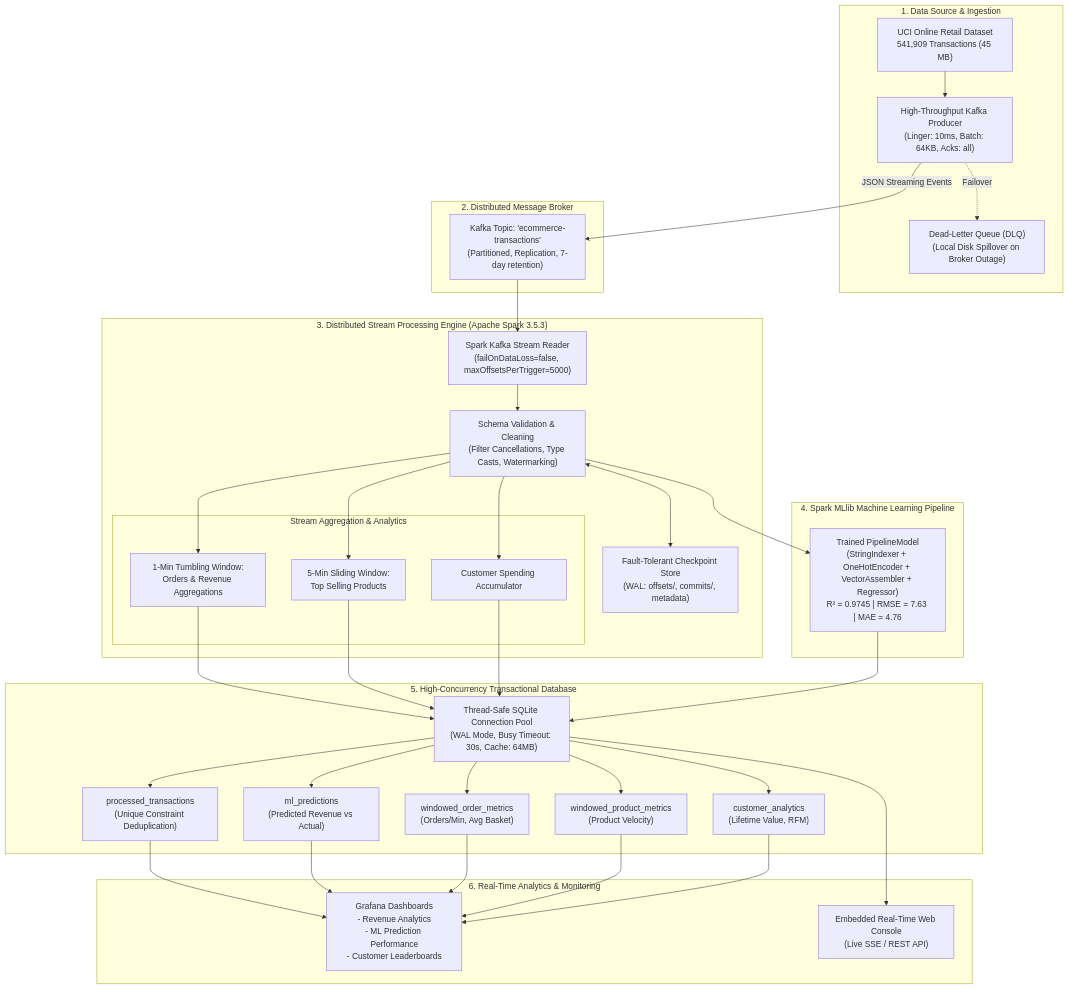
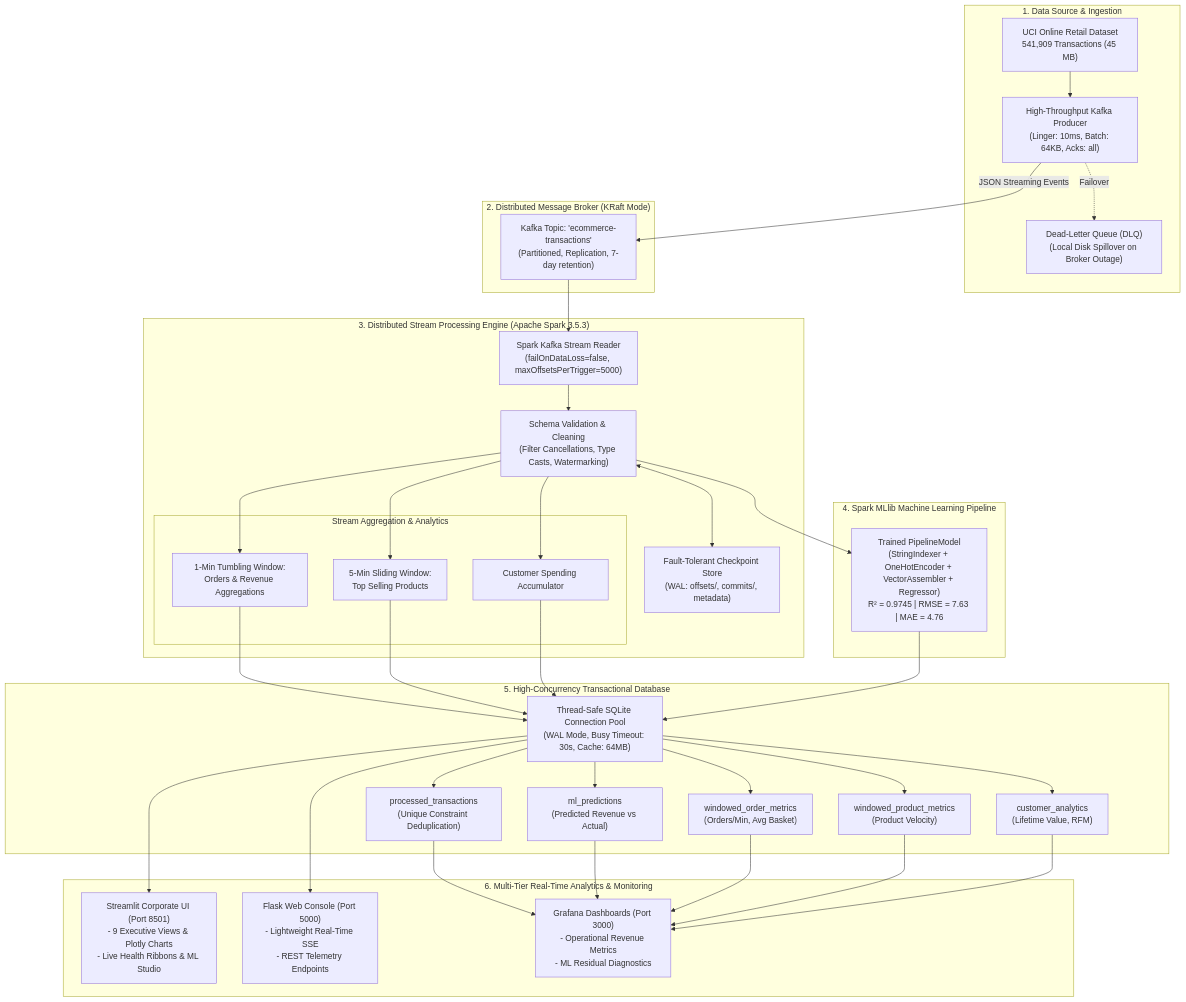
One commit to mohawwwk/FlowMetrics changed the diagram in README.md. Above: the diagram before and after it, drawn with Mermaid. The commit also changed other lines of this file and 1 other file, not shown here.

Commit message:
docs: harmonize project naming, dual frontend architecture, ML model comparison, and exact test suite metrics

````diff
--- a/README.md
+++ b/README.md
@@ -19,74 +21,76 @@
 ```mermaid
 flowchart TD
     subgraph Data_Source ["1. Data Source & Ingestion"]
         CSV["UCI Online Retail Dataset<br/>541,909 Transactions (45 MB)"]
         PROD["High-Throughput Kafka Producer<br/>(Linger: 10ms, Batch: 64KB, Acks: all)"]
         DLQ["Dead-Letter Queue (DLQ)<br/>(Local Disk Spillover on Broker Outage)"]
         CSV --> PROD
         PROD -. Failover .-> DLQ
     end
 
-    subgraph Kafka_Cluster ["2. Distributed Message Broker"]
+    subgraph Kafka_Cluster ["2. Distributed Message Broker (KRaft Mode)"]
         TOPIC["Kafka Topic: 'ecommerce-transactions'<br/>(Partitioned, Replication, 7-day retention)"]
         PROD -->|JSON Streaming Events| TOPIC
     end
 
     subgraph Spark_Streaming ["3. Distributed Stream Processing Engine (Apache Spark 3.5.3)"]
         KAFKA_SOURCE["Spark Kafka Stream Reader<br/>(failOnDataLoss=false, maxOffsetsPerTrigger=5000)"]
         CLEAN["Schema Validation & Cleaning<br/>(Filter Cancellations, Type Casts, Watermarking)"]
         CHECKPOINT["Fault-Tolerant Checkpoint Store<br/>(WAL: offsets/, commits/, metadata)"]
         
         TOPIC --> KAFKA_SOURCE
         KAFKA_SOURCE --> CLEAN
         CLEAN <--> CHECKPOINT
         
         subgraph Aggregations ["Stream Aggregation & Analytics"]
             WIN_ORDERS["1-Min Tumbling Window:<br/>Orders & Revenue Aggregations"]
             WIN_PRODS["5-Min Sliding Window:<br/>Top Selling Products"]
             CUST_ACCUM["Customer Spending Accumulator"]
         end
         
         CLEAN --> WIN_ORDERS
         CLEAN --> WIN_PRODS
         CLEAN --> CUST_ACCUM
     end
 
     subgraph ML_Inference ["4. Spark MLlib Machine Learning Pipeline"]
         ML_MODEL["Trained PipelineModel<br/>(StringIndexer + OneHotEncoder + VectorAssembler + Regressor)<br/>R² = 0.9745 | RMSE = 7.63 | MAE = 4.76"]
         CLEAN --> ML_MODEL
     end
 
     subgraph Storage_Layer ["5. High-Concurrency Transactional Database"]
         POOL["Thread-Safe SQLite Connection Pool<br/>(WAL Mode, Busy Timeout: 30s, Cache: 64MB)"]
         
         T_TX["processed_transactions<br/>(Unique Constraint Deduplication)"]
         T_PRED["ml_predictions<br/>(Predicted Revenue vs Actual)"]
         T_WIN_ORD["windowed_order_metrics<br/>(Orders/Min, Avg Basket)"]
         T_WIN_PRD["windowed_product_metrics<br/>(Product Velocity)"]
         T_CUST["customer_analytics<br/>(Lifetime Value, RFM)"]
         
         WIN_ORDERS --> POOL
         WIN_PRODS --> POOL
         CUST_ACCUM --> POOL
         ML_MODEL --> POOL
         
         POOL --> T_TX
         POOL --> T_PRED
         POOL --> T_WIN_ORD
         POOL --> T_WIN_PRD
         POOL --> T_CUST
     end
 
-    subgraph Visualization ["6. Real-Time Analytics & Monitoring"]
-        GRAFANA["Grafana Dashboards<br/>- Revenue Analytics<br/>- ML Prediction Performance<br/>- Customer Leaderboards"]
-        FLASK_UI["Embedded Real-Time Web Console<br/>(Live SSE / REST API)"]
+    subgraph Visualization ["6. Multi-Tier Real-Time Analytics & Monitoring"]
+        STREAMLIT_UI["Streamlit Corporate UI (Port 8501)<br/>- 9 Executive Views & Plotly Charts<br/>- Live Health Ribbons & ML Studio"]
+        FLASK_UI["Flask Web Console (Port 5000)<br/>- Lightweight Real-Time SSE<br/>- REST Telemetry Endpoints"]
+        GRAFANA["Grafana Dashboards (Port 3000)<br/>- Operational Revenue Metrics<br/>- ML Residual Diagnostics"]
         
         T_TX --> GRAFANA
         T_PRED --> GRAFANA
         T_WIN_ORD --> GRAFANA
         T_WIN_PRD --> GRAFANA
         T_CUST --> GRAFANA
         
         POOL --> FLASK_UI
+        POOL --> STREAMLIT_UI
     end
 ```
````
